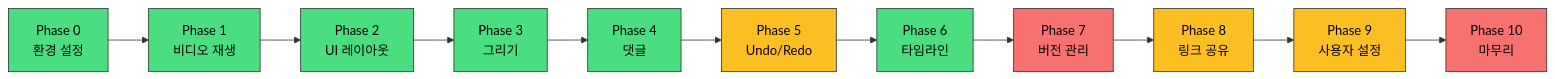
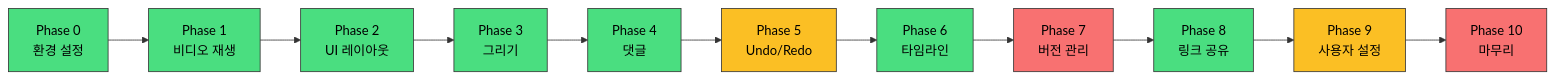
One commit to baehandoridori/BAEFRAME changed the third of 4 diagrams in TODO.md. Above: the diagram before and after it, drawn with Mermaid. The commit also changed other lines of this file, not shown here.

````diff
--- a/TODO.md
+++ b/TODO.md
@@ -227,25 +227,25 @@
 ```mermaid
 graph LR
     P0[Phase 0<br/>환경 설정] --> P1[Phase 1<br/>비디오 재생]
     P1 --> P2[Phase 2<br/>UI 레이아웃]
     P2 --> P3[Phase 3<br/>그리기]
     P3 --> P4[Phase 4<br/>댓글]
     P4 --> P5[Phase 5<br/>Undo/Redo]
     P5 --> P6[Phase 6<br/>타임라인]
     P6 --> P7[Phase 7<br/>버전 관리]
     P7 --> P8[Phase 8<br/>링크 공유]
     P8 --> P9[Phase 9<br/>사용자 설정]
     P9 --> P10[Phase 10<br/>마무리]
 
     style P0 fill:#4ade80,stroke:#333,color:#000
     style P1 fill:#4ade80,stroke:#333,color:#000
     style P2 fill:#4ade80,stroke:#333,color:#000
     style P3 fill:#4ade80,stroke:#333,color:#000
     style P4 fill:#4ade80,stroke:#333,color:#000
     style P5 fill:#fbbf24,stroke:#333,color:#000
     style P6 fill:#4ade80,stroke:#333,color:#000
     style P7 fill:#f87171,stroke:#333,color:#000
-    style P8 fill:#fbbf24,stroke:#333,color:#000
+    style P8 fill:#4ade80,stroke:#333,color:#000
     style P9 fill:#fbbf24,stroke:#333,color:#000
     style P10 fill:#f87171,stroke:#333,color:#000
 ```
````
